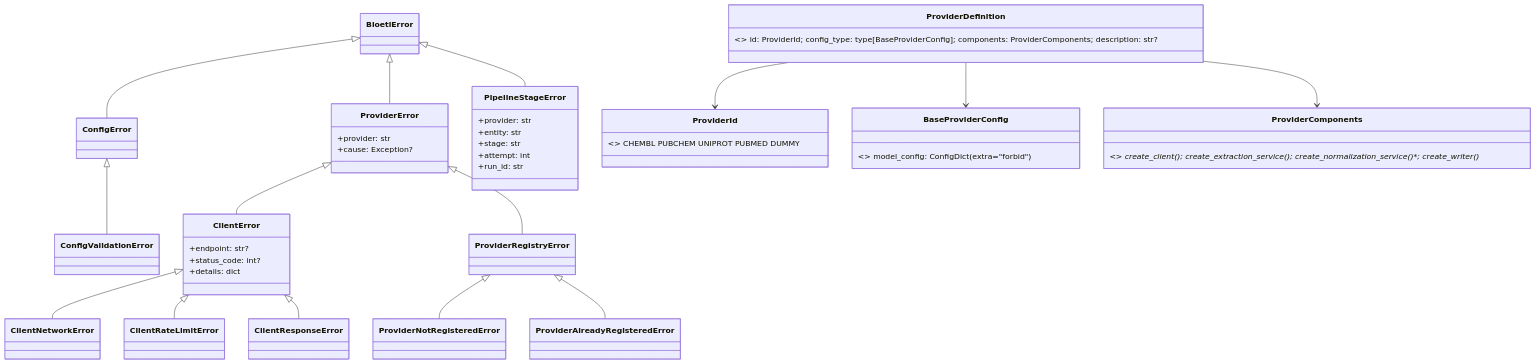
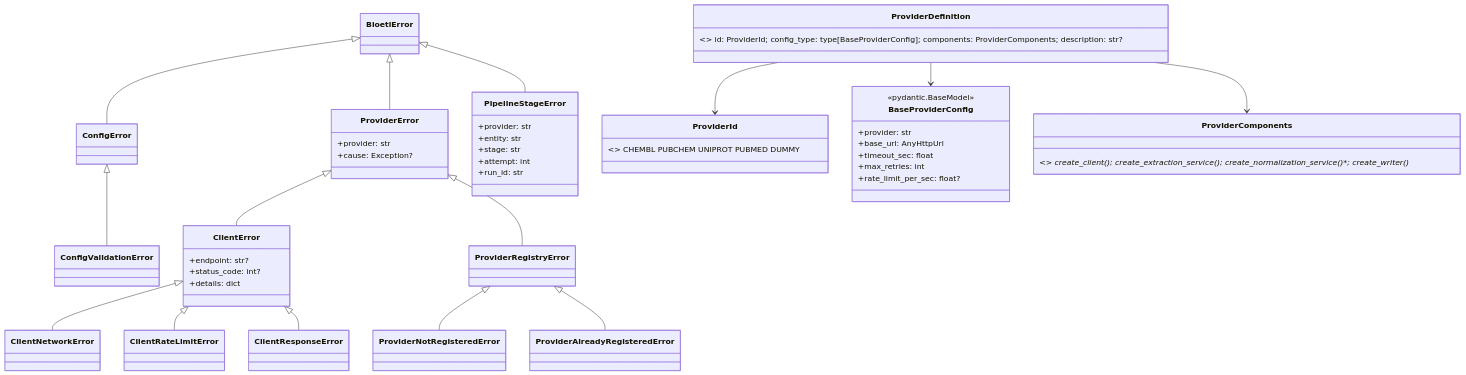
The first of 6 diagrams in docs/domain-class-diagrams.md (SatoryKono/BioactivityDataAcquisition), drawn with Mermaid before and after one commit. The commit also changed 87 other files, not shown here.

````diff
--- a/docs/domain-class-diagrams.md
+++ b/docs/domain-class-diagrams.md
@@ -4,52 +4,59 @@
 ```mermaid
 ---
 id: fb5394b3-f796-4565-9117-445649e83ff4
 ---
 classDiagram
     class BioetlError
     class ConfigError
     class ConfigValidationError
     class ProviderError {
         +provider: str
         +cause: Exception?
     }
     class ClientError {
         +endpoint: str?
         +status_code: int?
         +details: dict
     }
     class ClientNetworkError
     class ClientRateLimitError
     class ClientResponseError
     class PipelineStageError {
         +provider: str
         +entity: str
         +stage: str
         +attempt: int
         +run_id: str
     }
 
     class ProviderRegistryError
     class ProviderNotRegisteredError
     class ProviderAlreadyRegisteredError
     class ProviderId { <<enum>> CHEMBL PUBCHEM UNIPROT PUBMED DUMMY }
-    class BaseProviderConfig { <<pydantic.BaseModel>> model_config: ConfigDict(extra="forbid") }
+    class BaseProviderConfig {
+        <<pydantic.BaseModel>>
+        +provider: str
+        +base_url: AnyHttpUrl
+        +timeout_sec: float
+        +max_retries: int
+        +rate_limit_per_sec: float?
+    }
     class ProviderComponents { <<protocol>> create_client(); create_extraction_service(); create_normalization_service()*; create_writer()* }
     class ProviderDefinition { <<dataclass frozen>> id: ProviderId; config_type: type[BaseProviderConfig]; components: ProviderComponents; description: str? }
 
     BioetlError <|-- ConfigError
     ConfigError <|-- ConfigValidationError
     BioetlError <|-- ProviderError
     ProviderError <|-- ClientError
     ClientError <|-- ClientNetworkError
     ClientError <|-- ClientRateLimitError
     ClientError <|-- ClientResponseError
     BioetlError <|-- PipelineStageError
 
     ProviderError <|-- ProviderRegistryError
     ProviderRegistryError <|-- ProviderNotRegisteredError
     ProviderRegistryError <|-- ProviderAlreadyRegisteredError
     ProviderDefinition --> ProviderId
     ProviderDefinition --> BaseProviderConfig
     ProviderDefinition --> ProviderComponents
 ```
````
